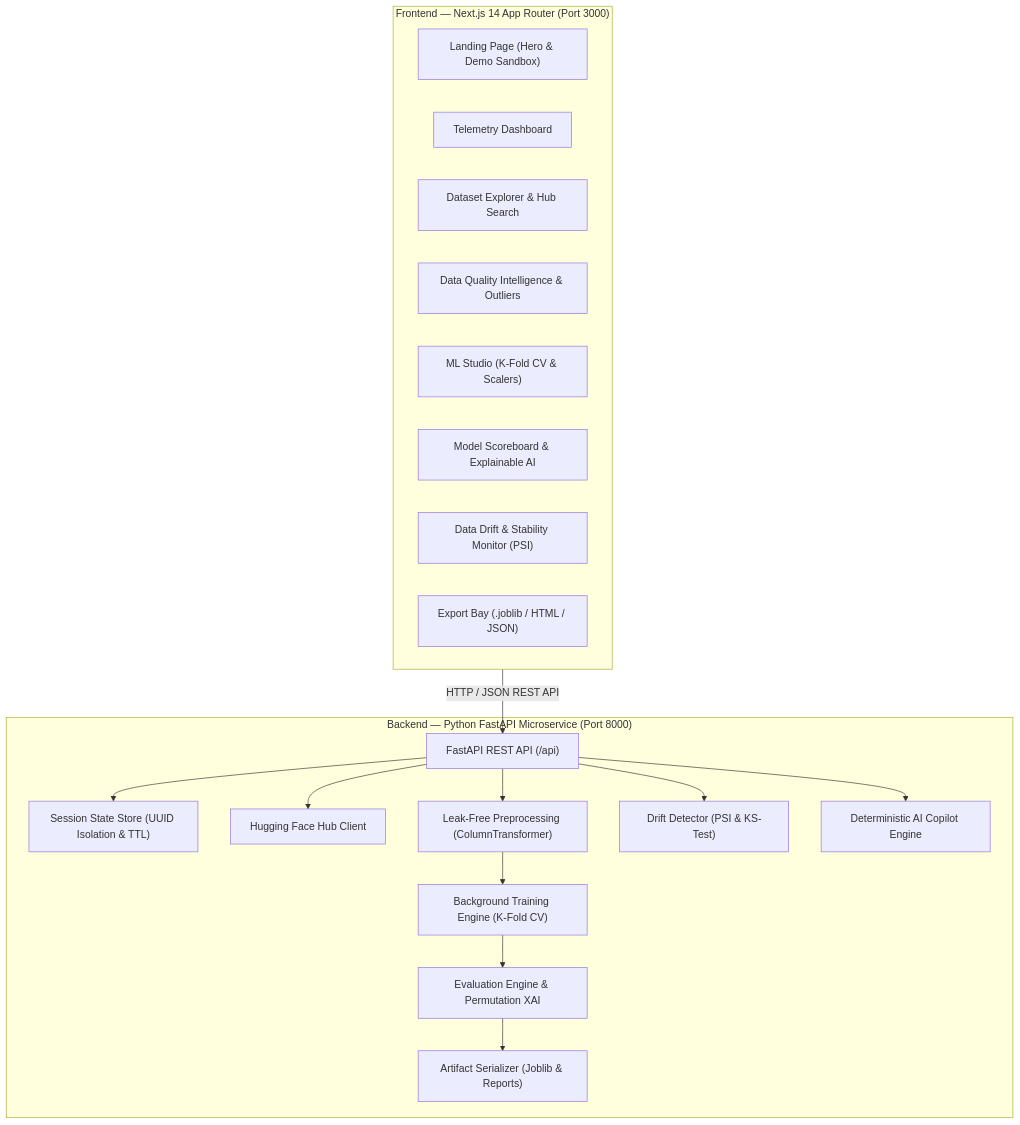
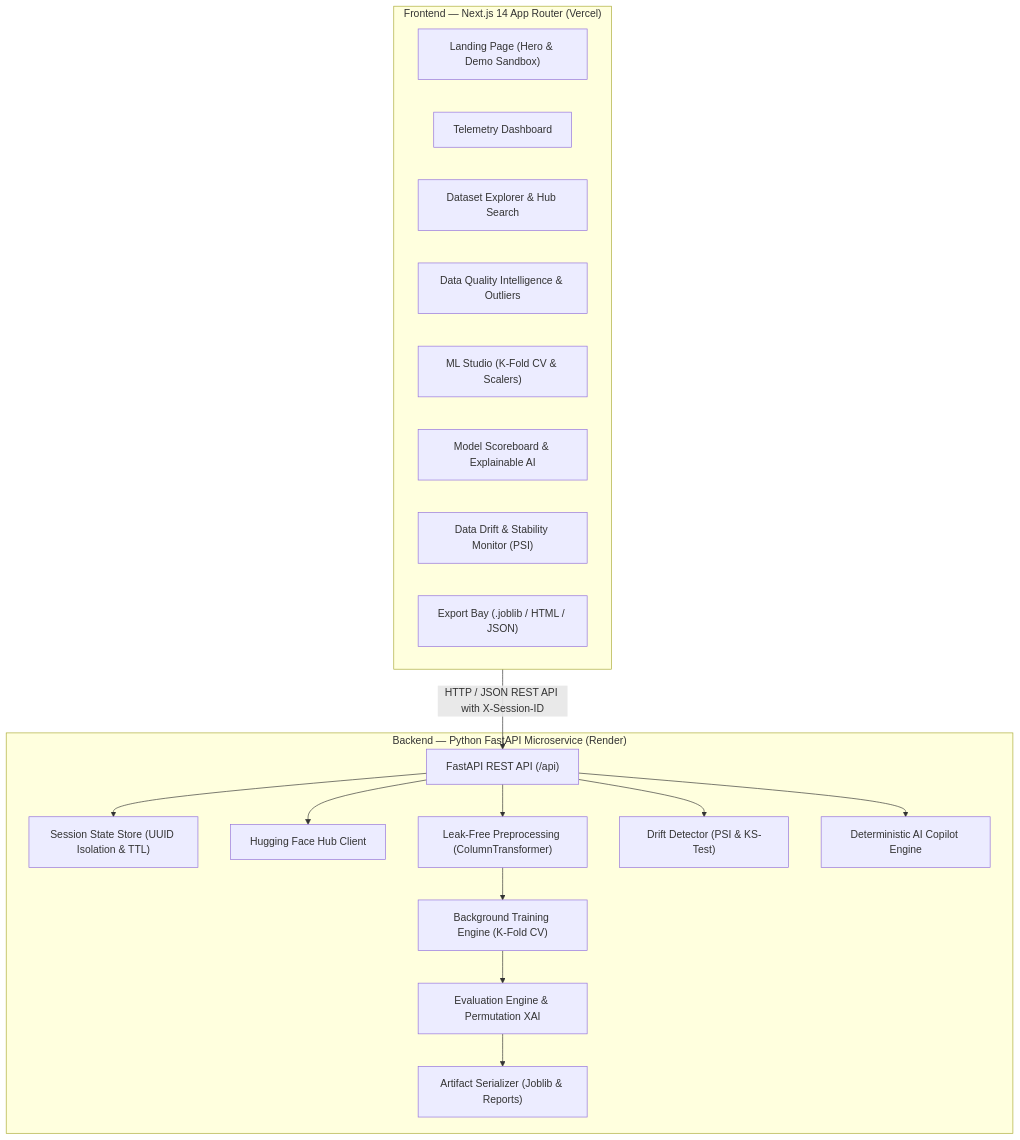
Before and after one commit to deepakpradhan1021/OpenDataLens: the diagram in README.md, drawn with Mermaid. The commit also changed other lines of this file and 6 other files, not shown here.

````diff
--- a/README.md
+++ b/README.md
@@ -41,35 +45,35 @@
 ```mermaid
 flowchart TD
-    subgraph Frontend["Frontend — Next.js 14 App Router (Port 3000)"]
+    subgraph Frontend["Frontend — Next.js 14 App Router (Vercel)"]
         LANDING["Landing Page (Hero & Demo Sandbox)"]
         DASH["Telemetry Dashboard"]
         EXP["Dataset Explorer & Hub Search"]
         QUAL["Data Quality Intelligence & Outliers"]
         STUDIO["ML Studio (K-Fold CV & Scalers)"]
         COMP["Model Scoreboard & Explainable AI"]
         DRIFT["Data Drift & Stability Monitor (PSI)"]
         REP["Export Bay (.joblib / HTML / JSON)"]
     end
 
-    subgraph Backend["Backend — Python FastAPI Microservice (Port 8000)"]
+    subgraph Backend["Backend — Python FastAPI Microservice (Render)"]
         ROUTER["FastAPI REST API (/api)"]
         SESSION["Session State Store (UUID Isolation & TTL)"]
         HF_CLIENT["Hugging Face Hub Client"]
         PREPROC["Leak-Free Preprocessing (ColumnTransformer)"]
         TRAINER["Background Training Engine (K-Fold CV)"]
         EVAL["Evaluation Engine & Permutation XAI"]
         DRIFT_ENG["Drift Detector (PSI & KS-Test)"]
         COPILOT["Deterministic AI Copilot Engine"]
         EXPORTER["Artifact Serializer (Joblib & Reports)"]
     end
 
-    Frontend -->|HTTP / JSON REST API| ROUTER
+    Frontend -->|HTTP / JSON REST API with X-Session-ID| ROUTER
     ROUTER --> SESSION
     ROUTER --> HF_CLIENT
     ROUTER --> PREPROC
     ROUTER --> DRIFT_ENG
     ROUTER --> COPILOT
     PREPROC --> TRAINER
     TRAINER --> EVAL
     EVAL --> EXPORTER
 ```
````
